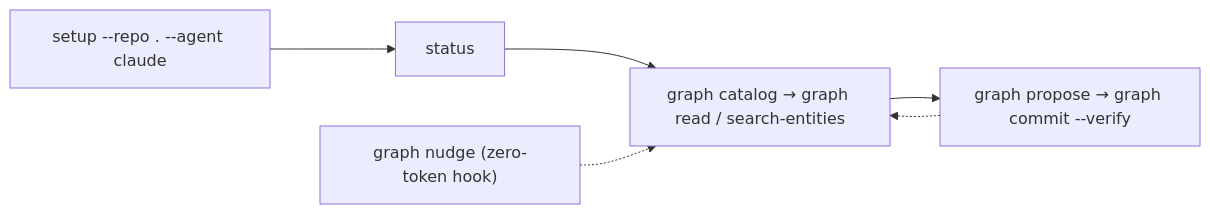
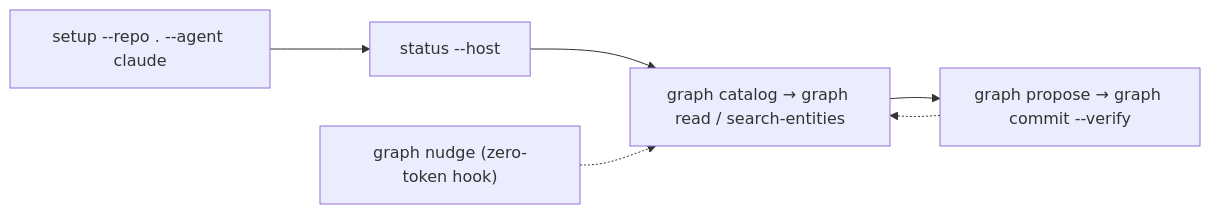
The second of 2 diagrams in docs/context-graph/cli-flow.md (potpie-ai/potpie), drawn with Mermaid before and after one commit. The commit also changed other lines of this file, not shown here.

First line of the commit message:
docs(cli-flow): fix review findings — path, --task behavior, status --host

````diff
--- a/docs/context-graph/cli-flow.md
+++ b/docs/context-graph/cli-flow.md
@@ -500,12 +502,12 @@
 ```mermaid
 flowchart LR
   cf_setup["setup --repo . --agent claude"]
-  cf_status["status"]
+  cf_status["status --host"]
   cf_read["graph catalog → graph read / search-entities"]
   cf_write["graph propose → graph commit --verify"]
   cf_nudge["graph nudge (zero-token hook)"]
 
   cf_setup --> cf_status --> cf_read --> cf_write
   cf_nudge -.-> cf_read
   cf_write -.-> cf_read
 ```
````
